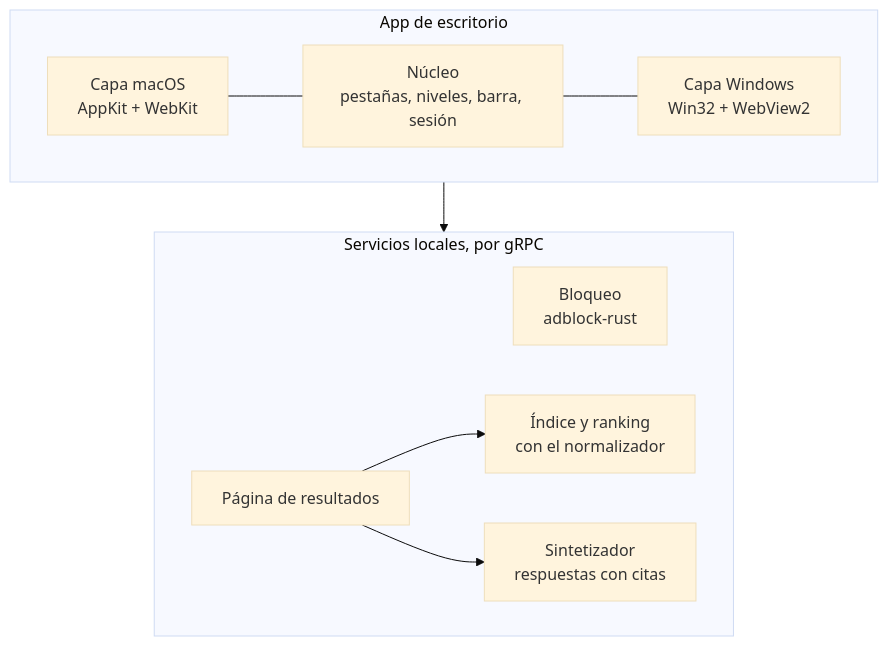
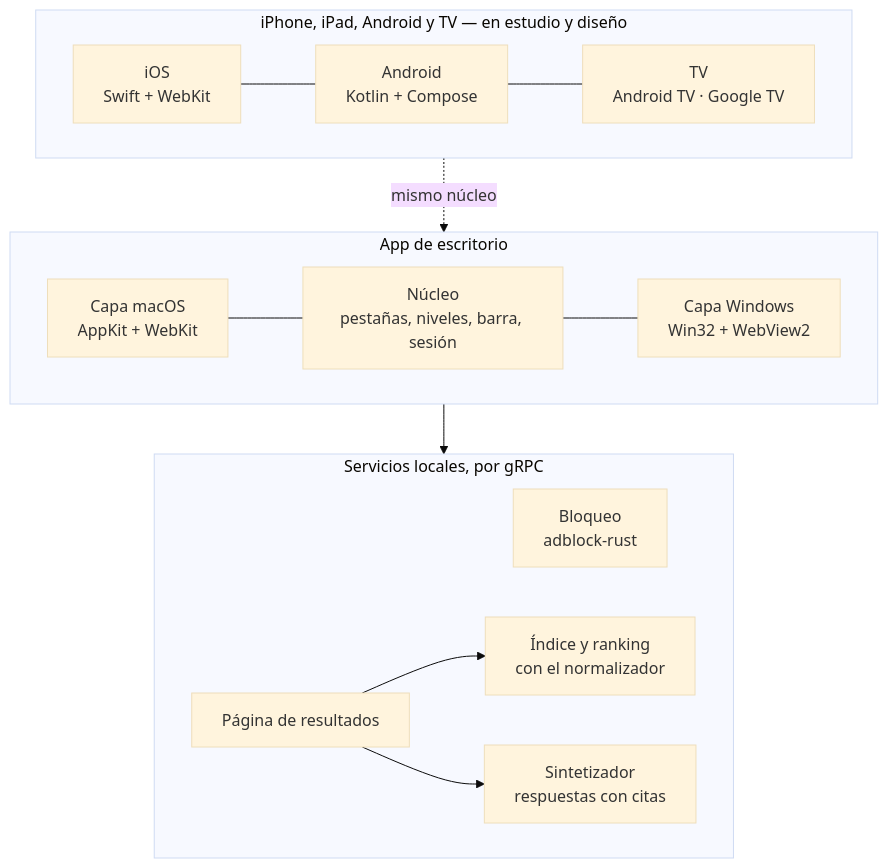
The diagram in profile/README.md (blyni/.github), drawn with Mermaid (base theme) before and after one commit. The commit also changed other lines of this file, not shown here.

Commit message:
docs(perfil): el contexto nuevo (iOS, Android, TV, Monitoreo), cómo trabajamos y el equipo (#2)

````diff
--- a/profile/README.md
+++ b/profile/README.md
@@ -40,14 +43,19 @@
 ```mermaid
 flowchart TB
     subgraph APP["App de escritorio"]
         direction LR
         M["Capa macOS<br/>AppKit + WebKit"] --- N["Núcleo<br/>pestañas, niveles, barra, sesión"] --- W["Capa Windows<br/>Win32 + WebView2"]
     end
     subgraph SRV["Servicios locales, por gRPC"]
         direction LR
         B["Bloqueo<br/>adblock-rust"]
         P["Página de resultados"] --> I["Índice y ranking<br/>con el normalizador"]
         P --> S["Sintetizador<br/>respuestas con citas"]
     end
     APP --> SRV
+    subgraph MOV["iPhone, iPad, Android y TV — en estudio y diseño"]
+        direction LR
+        MI["iOS<br/>Swift + WebKit"] --- MA["Android<br/>Kotlin + Compose"] --- MT["TV<br/>Android TV · Google TV"]
+    end
+    MOV -.->|"mismo núcleo"| APP
 ```
````
